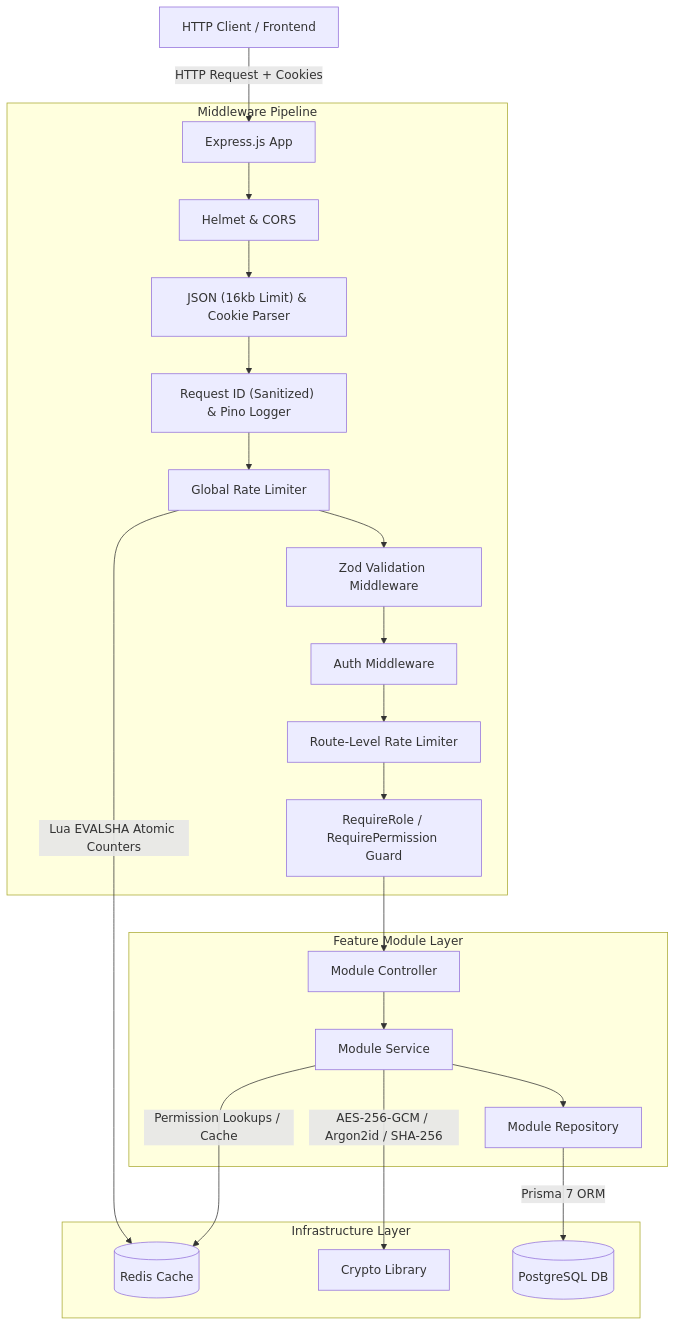
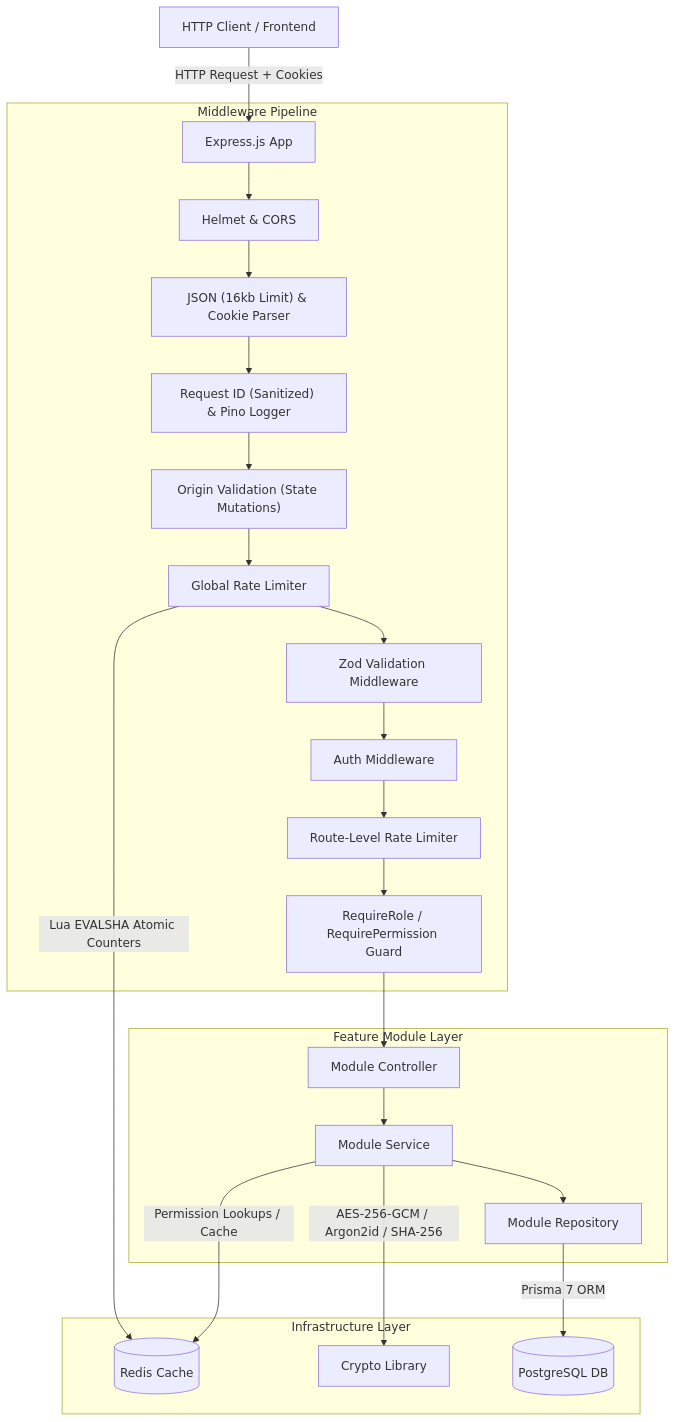
Before and after one commit to utkarshj014/authsphere: the first of 5 diagrams in docs/ARCHITECTURE.md, drawn with Mermaid. The commit also changed other lines of this file and 3 other files, not shown here.

````diff
--- a/docs/ARCHITECTURE.md
+++ b/docs/ARCHITECTURE.md
@@ -35,28 +35,29 @@
 ```mermaid
 graph TD
     Client["HTTP Client / Frontend"] -->|HTTP Request + Cookies| Express["Express.js App"]
 
     subgraph Middleware Pipeline
         Express --> Helmet["Helmet & CORS"]
         Helmet --> BodyParser["JSON (16kb Limit) & Cookie Parser"]
         BodyParser --> ReqID["Request ID (Sanitized) & Pino Logger"]
-        ReqID --> RateLimiter["Global Rate Limiter"]
+        ReqID --> OriginGuard["Origin Validation (State Mutations)"]
+        OriginGuard --> RateLimiter["Global Rate Limiter"]
         RateLimiter --> Validate["Zod Validation Middleware"]
         Validate --> AuthGuard["Auth Middleware"]
         AuthGuard --> RouteRL["Route-Level Rate Limiter"]
         RouteRL --> PermissionGuard["RequireRole / RequirePermission Guard"]
     end
 
     subgraph Feature Module Layer
         PermissionGuard --> Controller["Module Controller"]
         Controller --> Service["Module Service"]
         Service --> Repository["Module Repository"]
     end
 
     subgraph Infrastructure Layer
         RateLimiter -->|Lua EVALSHA Atomic Counters| Redis[("Redis Cache")]
         Service -->|Permission Lookups / Cache| Redis
         Service -->|AES-256-GCM / Argon2id / SHA-256| CryptoLib["Crypto Library"]
         Repository -->|Prisma 7 ORM| Postgres[("PostgreSQL DB")]
     end
 ```
````
